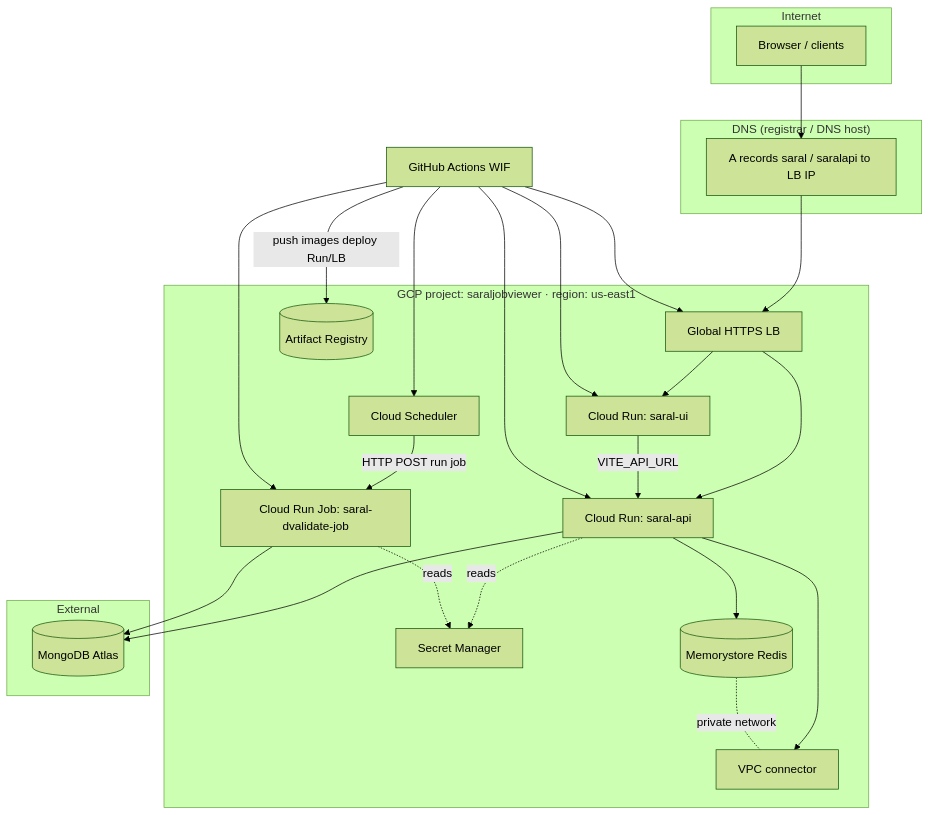
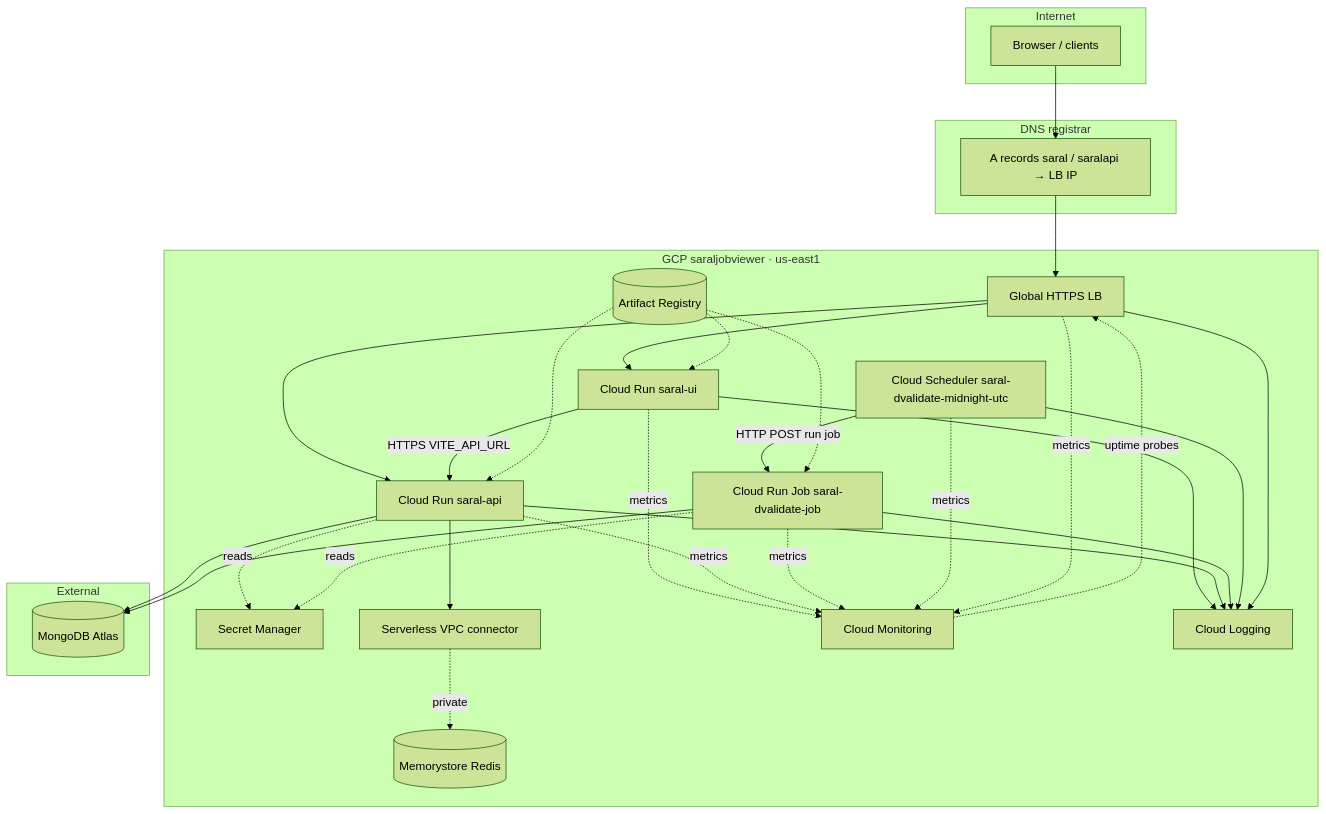
The diagram in docs/GCP-PLATFORM-KT.md (UttU28/Saral-Job-Viewer), drawn with Mermaid (forest theme) before and after one commit. The commit also changed other lines of this file and 10 other files, not shown here.

````diff
--- a/docs/GCP-PLATFORM-KT.md
+++ b/docs/GCP-PLATFORM-KT.md
@@ -26,42 +25,50 @@
 ```mermaid
 flowchart TB
   subgraph Internet
     User[Browser / clients]
   end
-  subgraph DNS_registrar["DNS (registrar / DNS host)"]
-    Arec[A records saral / saralapi to LB IP]
+  subgraph DNS_registrar["DNS registrar"]
+    Arec[A records saral / saralapi → LB IP]
   end
-  subgraph GCP_project["GCP project: saraljobviewer · region: us-east1"]
+  subgraph GCP_project["GCP saraljobviewer · us-east1"]
     LB[Global HTTPS LB]
-    UI[Cloud Run: saral-ui]
-    API[Cloud Run: saral-api]
-    JOB[Cloud Run Job: saral-dvalidate-job]
-    SCH[Cloud Scheduler]
+    UI[Cloud Run saral-ui]
+    API[Cloud Run saral-api]
+    JOB[Cloud Run Job saral-dvalidate-job]
+    SCH[Cloud Scheduler saral-dvalidate-midnight-utc]
     AR[(Artifact Registry)]
     SM[Secret Manager]
     REDIS[(Memorystore Redis)]
-    VPC[VPC connector]
+    VPC[Serverless VPC connector]
+    CM[Cloud Monitoring]
+    LOG[Cloud Logging]
   end
   subgraph External
     MONGO[(MongoDB Atlas)]
   end
-  GH[GitHub Actions WIF]
   User --> Arec --> LB
   LB --> UI
   LB --> API
-  UI -->|VITE_API_URL| API
-  API --> REDIS
+  UI -->|HTTPS VITE_API_URL| API
   API --> VPC
-  REDIS -. private network .- VPC
+  VPC -.->|private| REDIS
   API --> MONGO
   JOB --> MONGO
   SCH -->|HTTP POST run job| JOB
+  CM -.->|uptime probes| LB
+  UI --> LOG
+  API --> LOG
+  JOB --> LOG
+  SCH --> LOG
+  LB --> LOG
+  UI -.->|metrics| CM
+  API -.->|metrics| CM
+  JOB -.->|metrics| CM
+  SCH -.->|metrics| CM
+  LB -.->|metrics| CM
   API -. reads .-> SM
   JOB -. reads .-> SM
-  GH -->|push images deploy Run/LB| AR
-  GH --> UI
-  GH --> API
-  GH --> JOB
-  GH --> SCH
-  GH --> LB
+  AR -.-> UI
+  AR -.-> API
+  AR -.-> JOB
 ```
````
